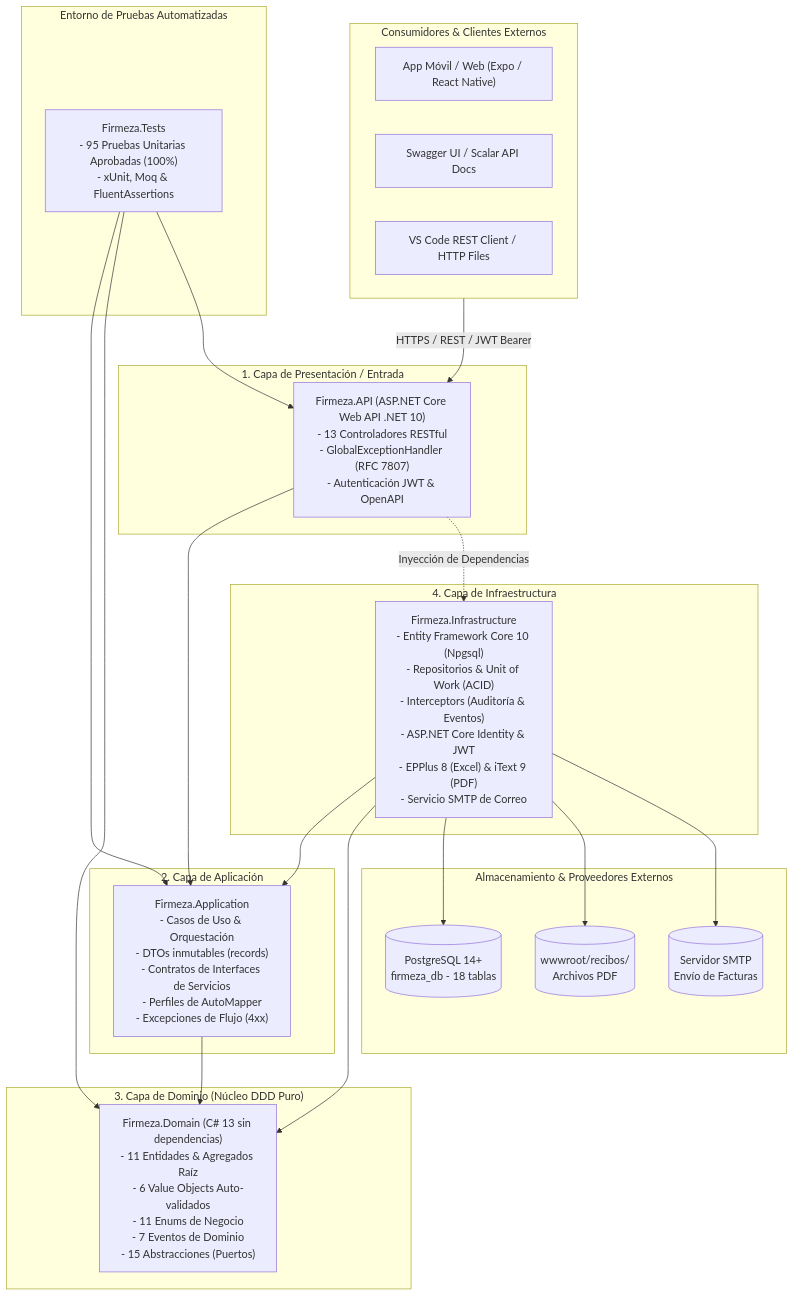
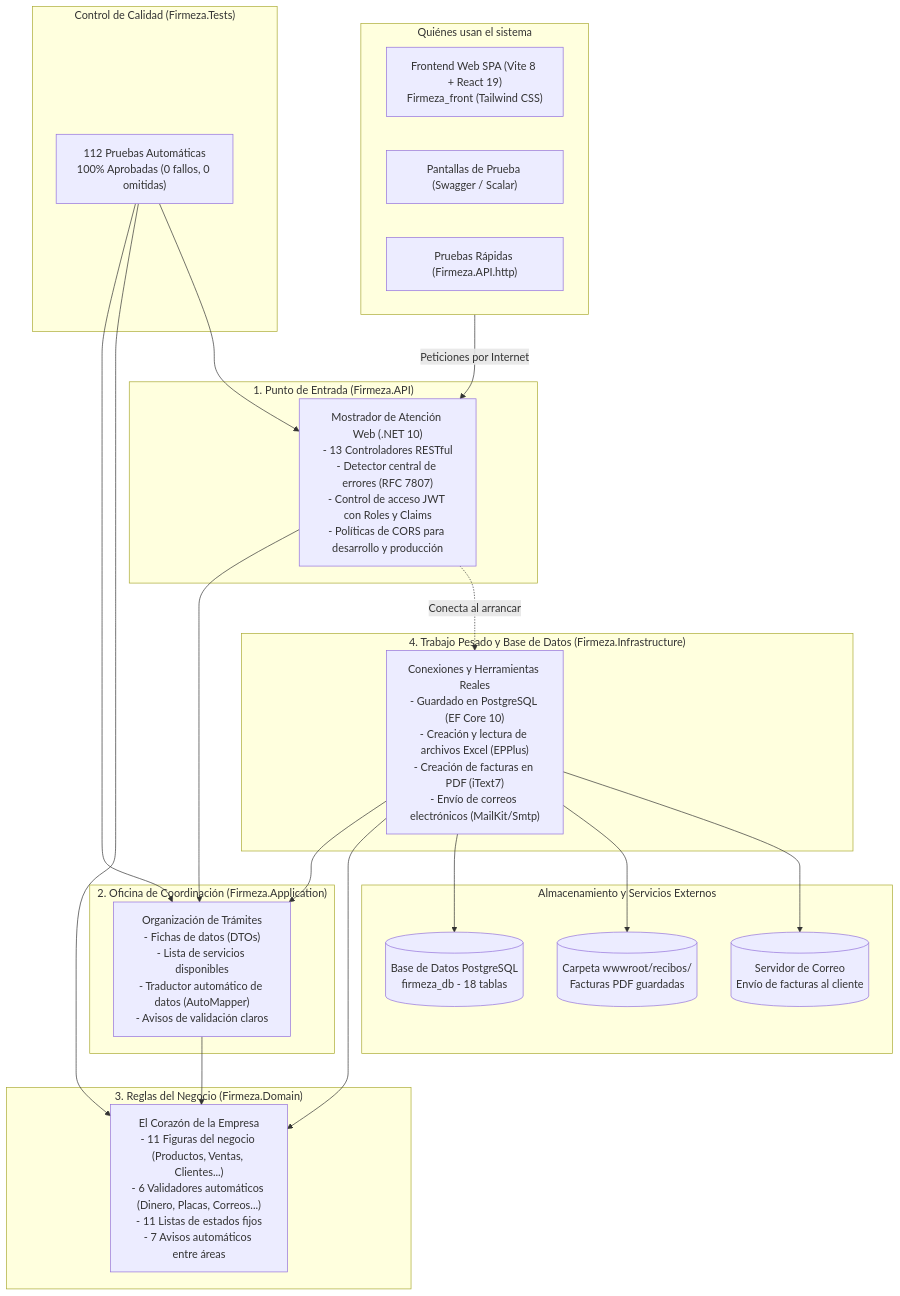
One commit to jose2520/Firmeza-jd changed the diagram in README.md. Above: the diagram before and after it, drawn with Mermaid. The commit also changed other lines of this file and 166 other files, not shown here.

Commit message:
feat(core): consolidar arquitectura limpia, rediseño corporativo excel/pdf, migraciones y 112 pruebas unitarias

````diff
--- a/README.md
+++ b/README.md
@@ -20,47 +21,47 @@
 ```mermaid
 graph TD
-    subgraph Clientes ["Consumidores & Clientes Externos"]
-        AppMobile["App Móvil / Web (Expo / React Native)"]
-        Swagger["Swagger UI / Scalar API Docs"]
-        HttpClients["VS Code REST Client / HTTP Files"]
+    subgraph Clientes ["Quiénes usan el sistema"]
+        AppFront["Frontend Web SPA (Vite 8 + React 19)<br/>Firmeza_front (Tailwind CSS)"]
+        Swagger["Pantallas de Prueba (Swagger / Scalar)"]
+        HttpClients["Pruebas Rápidas (Firmeza.API.http)"]
     end
 
-    subgraph Presentacion ["1. Capa de Presentación / Entrada"]
-        API["Firmeza.API (ASP.NET Core Web API .NET 10)<br/>- 13 Controladores RESTful<br/>- GlobalExceptionHandler (RFC 7807)<br/>- Autenticación JWT & OpenAPI"]
+    subgraph Presentacion ["1. Punto de Entrada (Firmeza.API)"]
+        API["Mostrador de Atención Web (.NET 10)<br/>- 13 Controladores RESTful<br/>- Detector central de errores (RFC 7807)<br/>- Control de acceso JWT con Roles y Claims<br/>- Políticas de CORS para desarrollo y producción"]
     end
 
-    subgraph Aplicacion ["2. Capa de Aplicación"]
-        App["Firmeza.Application<br/>- Casos de Uso & Orquestación<br/>- DTOs inmutables (records)<br/>- Contratos de Interfaces de Servicios<br/>- Perfiles de AutoMapper<br/>- Excepciones de Flujo (4xx)"]
+    subgraph Aplicacion ["2. Oficina de Coordinación (Firmeza.Application)"]
+        App["Organización de Trámites<br/>- Fichas de datos (DTOs)<br/>- Lista de servicios disponibles<br/>- Traductor automático de datos (AutoMapper)<br/>- Avisos de validación claros"]
     end
 
-    subgraph Dominio ["3. Capa de Dominio (Núcleo DDD Puro)"]
-        Dom["Firmeza.Domain (C# 13 sin dependencias)<br/>- 11 Entidades & Agregados Raíz<br/>- 6 Value Objects Auto-validados<br/>- 11 Enums de Negocio<br/>- 7 Eventos de Dominio<br/>- 15 Abstracciones (Puertos)"]
+    subgraph Dominio ["3. Reglas del Negocio (Firmeza.Domain)"]
+        Dom["El Corazón de la Empresa<br/>- 11 Figuras del negocio (Productos, Ventas, Clientes...)<br/>- 6 Validadores automáticos (Dinero, Placas, Correos...)<br/>- 11 Listas de estados fijos<br/>- 7 Avisos automáticos entre áreas"]
     end
 
-    subgraph Infraestructura ["4. Capa de Infraestructura"]
-        Infra["Firmeza.Infrastructure<br/>- Entity Framework Core 10 (Npgsql)<br/>- Repositorios & Unit of Work (ACID)<br/>- Interceptors (Auditoría & Eventos)<br/>- ASP.NET Core Identity & JWT<br/>- EPPlus 8 (Excel) & iText 9 (PDF)<br/>- Servicio SMTP de Correo"]
+    subgraph Infraestructura ["4. Trabajo Pesado y Base de Datos (Firmeza.Infrastructure)"]
+        Infra["Conexiones y Herramientas Reales<br/>- Guardado en PostgreSQL (EF Core 10)<br/>- Creación y lectura de archivos Excel (EPPlus)<br/>- Creación de facturas en PDF (iText7)<br/>- Envío de correos electrónicos (MailKit/Smtp)"]
     end
 
-    subgraph Externos ["Almacenamiento & Proveedores Externos"]
-        Postgres[(PostgreSQL 14+<br/>firmeza_db - 18 tablas)]
-        FileSystem[("wwwroot/recibos/<br/>Archivos PDF")]
-        SmtpServer[("Servidor SMTP<br/>Envío de Facturas")]
+    subgraph Externos ["Almacenamiento y Servicios Externos"]
+        Postgres[(Base de Datos PostgreSQL<br/>firmeza_db - 18 tablas)]
+        FileSystem[("Carpeta wwwroot/recibos/<br/>Facturas PDF guardadas")]
+        SmtpServer[("Servidor de Correo<br/>Envío de facturas al cliente")]
     end
 
-    subgraph Pruebas ["Entorno de Pruebas Automatizadas"]
-        Tests["Firmeza.Tests<br/>- 95 Pruebas Unitarias Aprobadas (100%)<br/>- xUnit, Moq & FluentAssertions"]
+    subgraph Pruebas ["Control de Calidad (Firmeza.Tests)"]
+        Tests["112 Pruebas Automáticas<br/>100% Aprobadas (0 fallos, 0 omitidas)"]
     end
 
-    Clientes -->|HTTPS / REST / JWT Bearer| API
+    Clientes -->|Peticiones por Internet| API
     API --> App
-    API -.->|Inyección de Dependencias| Infra
+    API -.->|Conecta al arrancar| Infra
     Infra --> App
     Infra --> Dom
     App --> Dom
     Infra --> Postgres
     Infra --> FileSystem
     Infra --> SmtpServer
     Tests --> App
     Tests --> Dom
     Tests --> API
 ```
````
